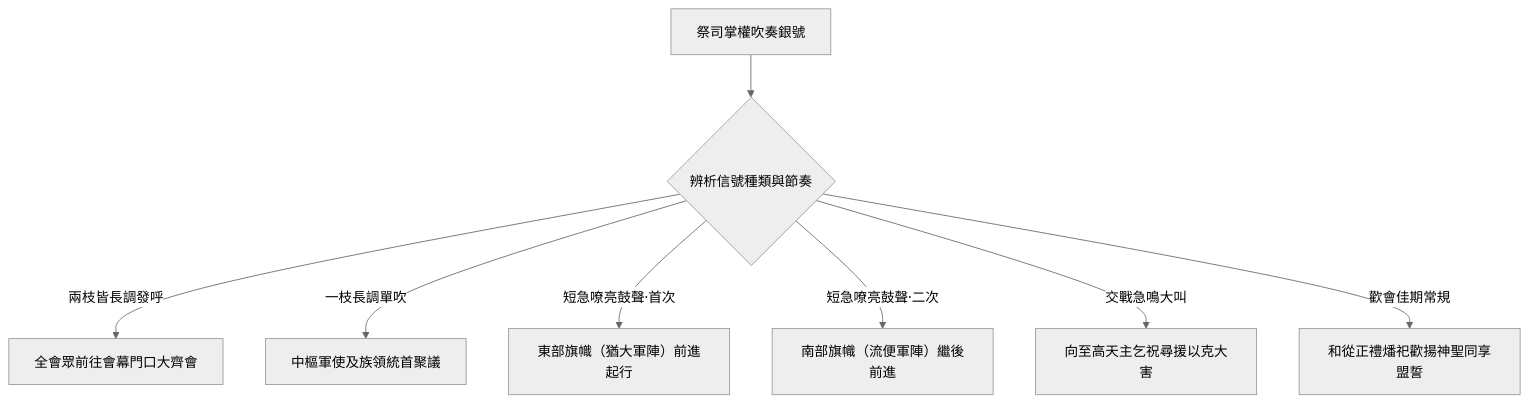
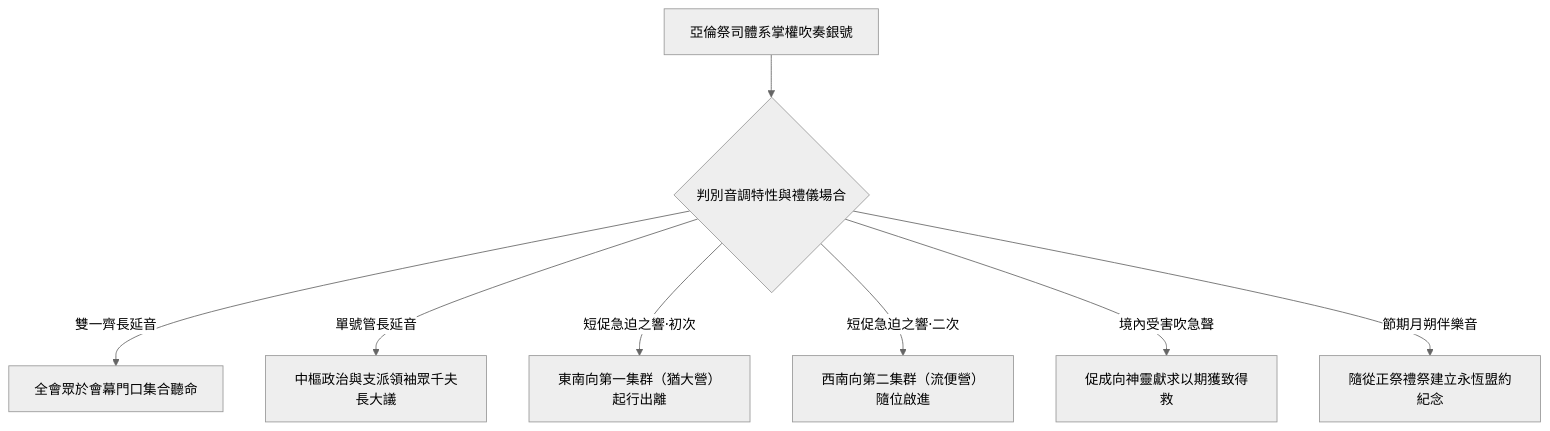
One commit to andyjr5566/Bible_wiki_zh changed the diagram in 04 民數記/第10章.md. Above: the diagram before and after it, drawn with Mermaid (neutral theme). The commit also changed other lines of this file and 2 other files, not shown here.

````diff
--- a/04 民數記/第10章.md
+++ b/04 民數記/第10章.md
@@ -94,10 +94,10 @@
 ```mermaid
 flowchart TD
-    A["祭司掌權吹奏銀號"] --> B{"辨析信號種類與節奏"}
-    B -->|兩枝皆長調發呼| C["全會眾前往會幕門口大齊會"]
-    B -->|一枝長調單吹| D["中樞軍使及族領統首聚議"]
-    B -->|短急嘹亮鼓聲·首次| E["東部旗幟（猶大軍陣）前進起行"]
-    B -->|短急嘹亮鼓聲·二次| F["南部旗幟（流便軍陣）繼後前進"]
-    B -->|交戰急鳴大叫| G["向至高天主乞祝尋援以克大害"]
-    B -->|歡會佳期常規| H["和從正禮燔祀歡揚神聖同享盟誓"]
+    A["亞倫祭司體系掌權吹奏銀號"] --> B{"判別音調特性與禮儀場合"}
+    B -->|雙一齊長延音| C["全會眾於會幕門口集合聽命"]
+    B -->|單號管長延音| D["中樞政治與支派領袖眾千夫長大議"]
+    B -->|短促急迫之響·初次| E["東南向第一集群（猶大營）起行出離"]
+    B -->|短促急迫之響·二次| F["西南向第二集群（流便營）隨位啟進"]
+    B -->|境內受害吹急聲| G["促成向神靈獻求以期獲致得救"]
+    B -->|節期月朔伴樂音| H["隨從正祭禮祭建立永恆盟約紀念"]
 ```
````
